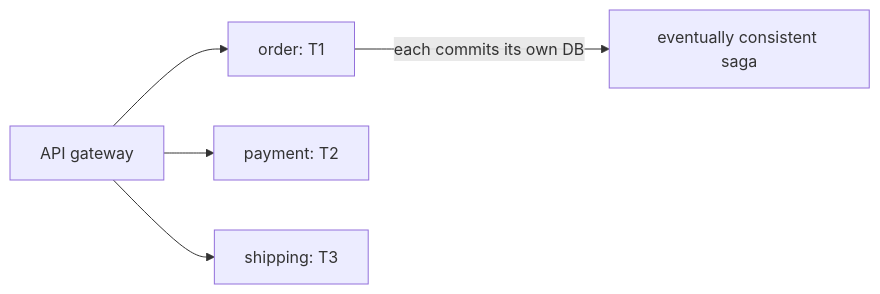
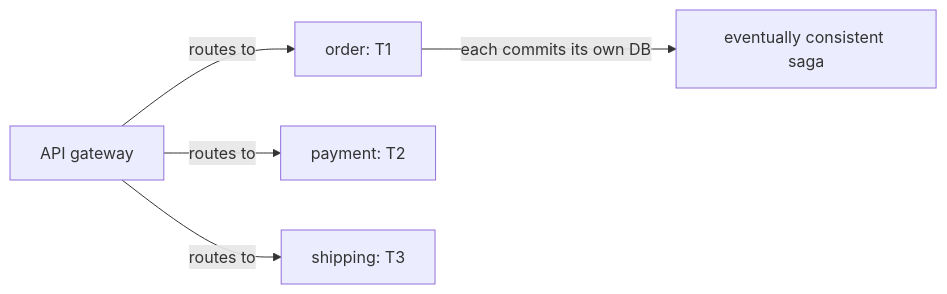
Diagram 12 of 14 in docs/ch02-microservice-architecture.md (vinayakuber/microservices-io-study-guide), drawn with Mermaid before and after one commit. The commit also changed other lines of this file and 71 other files, not shown here.

First line of the commit message:
R18: label every diagram arrow with its meaning

````diff
--- a/docs/ch02-microservice-architecture.md
+++ b/docs/ch02-microservice-architecture.md
@@ -409,7 +409,7 @@
 ```mermaid
 flowchart LR
-  API["API gateway"] --> OSV["order: T1"]
-  API --> PSV["payment: T2"]
-  API --> SSV["shipping: T3"]
+  API["API gateway"] -->|"routes to"| OSV["order: T1"]
+  API -->|"routes to"| PSV["payment: T2"]
+  API -->|"routes to"| SSV["shipping: T3"]
   OSV -->|"each commits its own DB"| SAGA["eventually consistent saga"]
 ```
````
